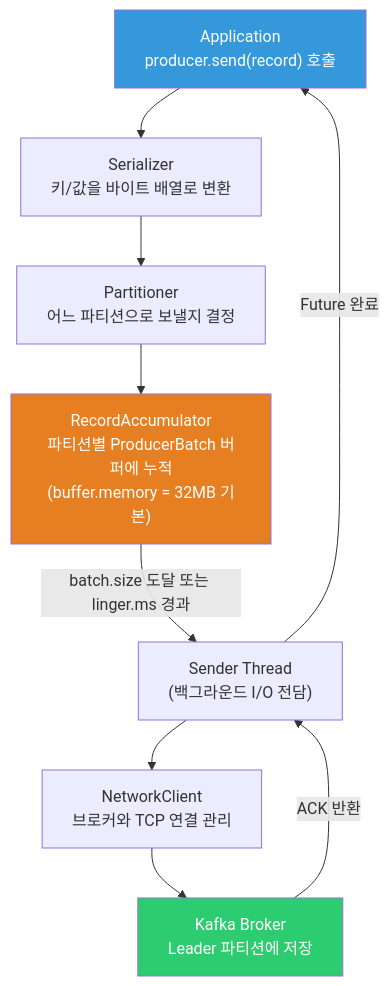
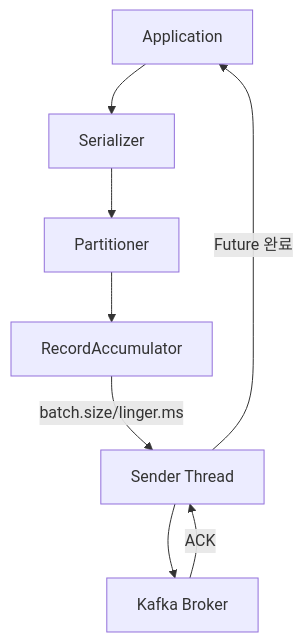
Before and after one commit to yjkim2015/yjkim2015.github.io: the first of 4 diagrams in _posts/kafka/2026-05-01-kafka-producer-deep.md, drawn with Mermaid. The commit also changed other lines of this file and 215 other files, not shown here.

First line of the commit message:
신규 포스트 10개 추가 + Mermaid 전면 축소 + SystemDesign 시리즈 보강

````diff
--- a/_posts/kafka/2026-05-01-kafka-producer-deep.md
+++ b/_posts/kafka/2026-05-01-kafka-producer-deep.md
@@ -26,20 +26,7 @@
 ```mermaid
 flowchart TD
-    APP["Application\nproducer.send(record) 호출"]
-    SER["Serializer\n키/값을 바이트 배열로 변환"]
-    PART["Partitioner\n어느 파티션으로 보낼지 결정"]
-    ACC["RecordAccumulator\n파티션별 ProducerBatch 버퍼에 누적\n(buffer.memory = 32MB 기본)"]
-    SEND["Sender Thread\n(백그라운드 I/O 전담)"]
-    NET["NetworkClient\n브로커와 TCP 연결 관리"]
-    BROKER["Kafka Broker\nLeader 파티션에 저장"]
-
-    APP --> SER --> PART --> ACC
-    ACC -->|"batch.size 도달 또는 linger.ms 경과"| SEND
-    SEND --> NET --> BROKER
-    BROKER -->|"ACK 반환"| SEND
+    APP["Application"] --> SER["Serializer"] --> PART["Partitioner"] --> ACC["RecordAccumulator"]
+    ACC -->|"batch.size/linger.ms"| SEND["Sender Thread"]
+    SEND --> BROKER["Kafka Broker"] -->|ACK| SEND
     SEND -->|"Future 완료"| APP
-
-    style APP fill:#3498db,color:#fff
-    style ACC fill:#e67e22,color:#fff
-    style BROKER fill:#2ecc71,color:#fff
 ```
````
